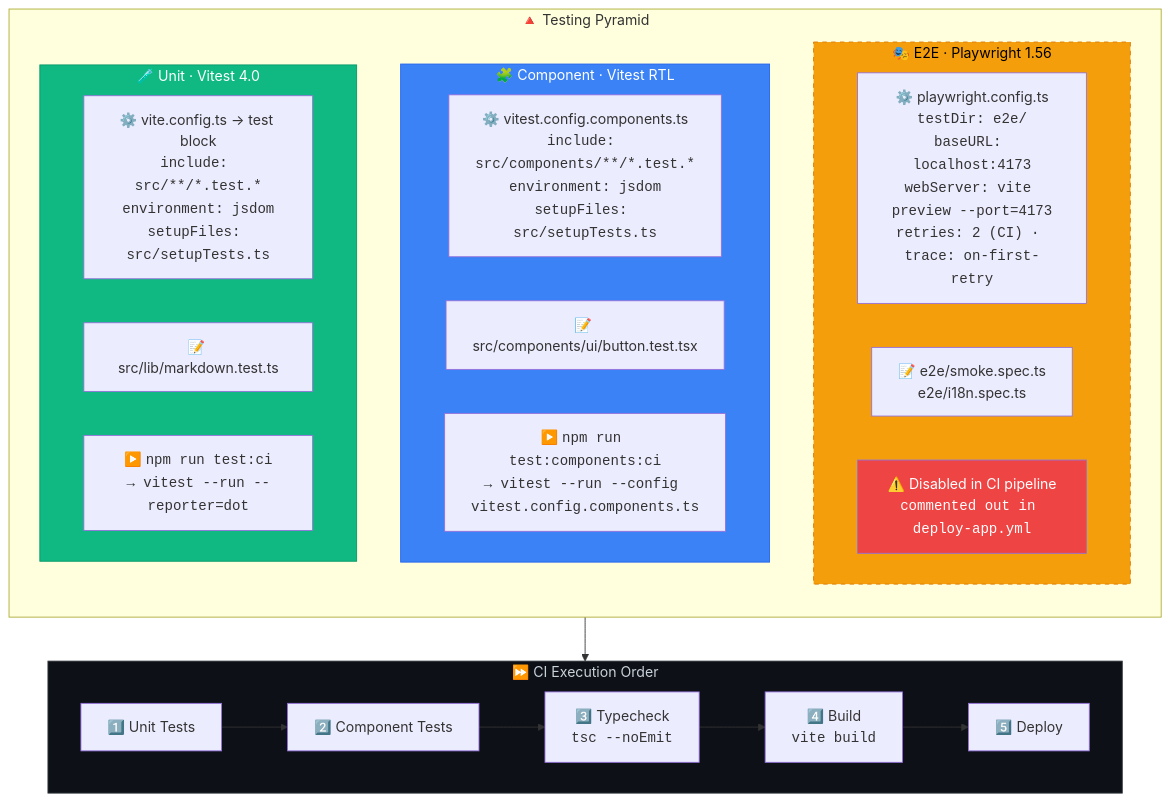
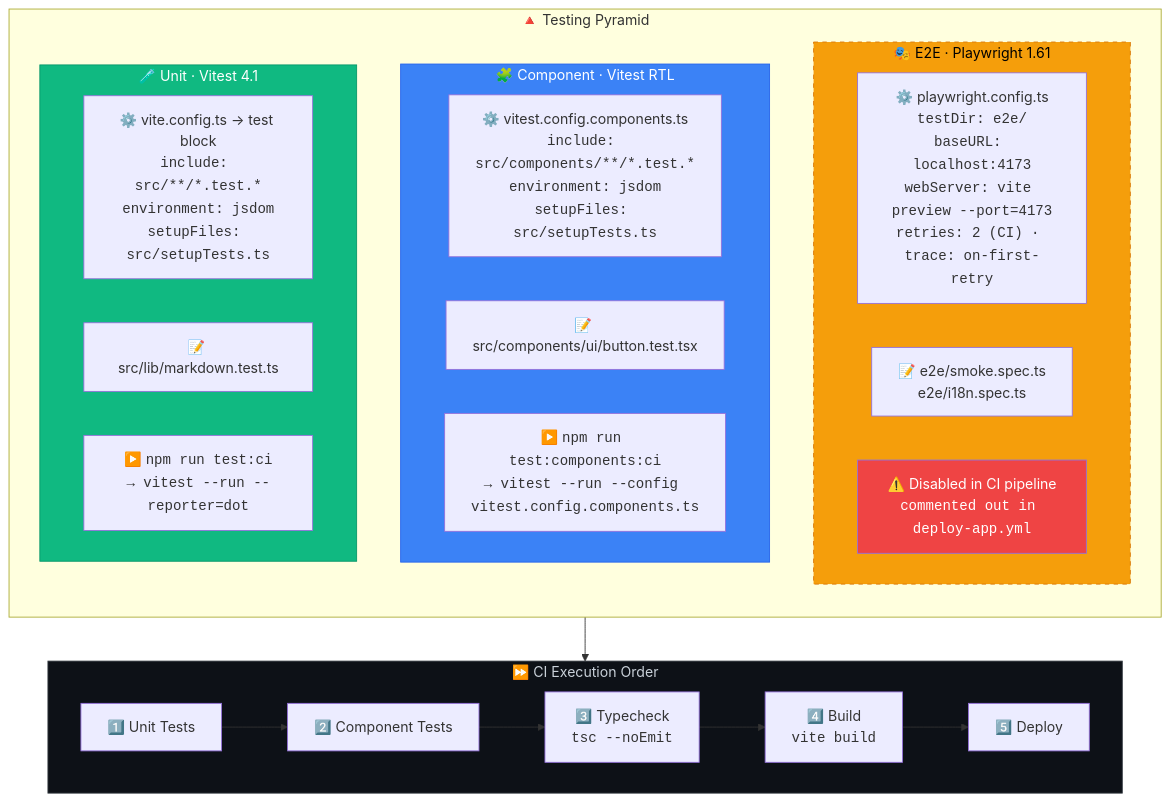
The fourth of 5 diagrams in README.md (orafaelferreiraa/orafaelferreira-com), drawn with Mermaid before and after one commit. The commit also changed other lines of this file and 16 other files, not shown here.

````diff
--- a/README.md
+++ b/README.md
@@ -402,37 +473,37 @@
 ```mermaid
 flowchart TB
     subgraph pyramid["🔺 Testing Pyramid"]
         direction TB
         
-        subgraph e2e_layer["🎭 E2E · Playwright 1.56"]
+        subgraph e2e_layer["🎭 E2E · Playwright 1.61"]
             e2e_config["⚙️ playwright.config.ts<br/><code>testDir: e2e/<br/>baseURL: localhost:4173<br/>webServer: vite preview --port=4173<br/>retries: 2 (CI) · trace: on-first-retry</code>"]
             e2e_specs["📝 e2e/smoke.spec.ts<br/>e2e/i18n.spec.ts"]
             e2e_status["⚠️ Disabled in CI pipeline<br/><code>commented out in deploy-app.yml</code>"]
         end
 
         subgraph comp_layer["🧩 Component · Vitest RTL"]
             comp_config["⚙️ vitest.config.components.ts<br/><code>include: src/components/**/*.test.*<br/>environment: jsdom<br/>setupFiles: src/setupTests.ts</code>"]
             comp_specs["📝 src/components/ui/button.test.tsx"]
             comp_cmd["▶️ <code>npm run test:components:ci<br/>→ vitest --run --config vitest.config.components.ts</code>"]
         end
 
-        subgraph unit_layer["🧪 Unit · Vitest 4.0"]
+        subgraph unit_layer["🧪 Unit · Vitest 4.1"]
             unit_config["⚙️ vite.config.ts → test block<br/><code>include: src/**/*.test.*<br/>environment: jsdom<br/>setupFiles: src/setupTests.ts</code>"]
             unit_specs["📝 src/lib/markdown.test.ts"]
             unit_cmd["▶️ <code>npm run test:ci<br/>→ vitest --run --reporter=dot</code>"]
         end
     end
 
     subgraph ci_order["⏩ CI Execution Order"]
         direction LR
         step1["1️⃣ Unit Tests"] --> step2["2️⃣ Component Tests"] --> step3["3️⃣ Typecheck<br/><code>tsc --noEmit</code>"] --> step4["4️⃣ Build<br/><code>vite build</code>"] --> step5["5️⃣ Deploy"]
     end
 
     pyramid --> ci_order
 
     style e2e_layer fill:#f59e0b,color:#000,stroke:#d97706,stroke-dasharray: 5 5
     style comp_layer fill:#3b82f6,color:#fff,stroke:#2563eb
     style unit_layer fill:#10b981,color:#fff,stroke:#059669
     style e2e_status fill:#ef4444,color:#fff
     style ci_order fill:#0d1117,color:#c9d1d9,stroke:#30363d
 ```
````
